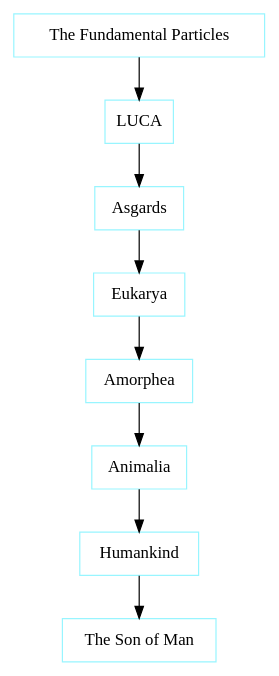
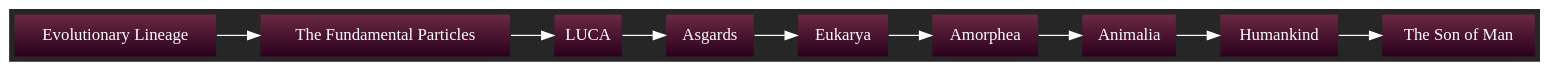
The diagram in graphs/Evolutionary_Lineage.dot (julianfl0w/Deism), drawn with Graphviz before and after one commit. The commit also changed 19 other files, not shown here.

```diff
--- a/graphs/Evolutionary_Lineage.dot
+++ b/graphs/Evolutionary_Lineage.dot
@@ -1,17 +1,25 @@
 digraph D {
-"The Fundamental Particles" [shape=box, color = cadetblue1]
-"LUCA" [shape=box, color = cadetblue1]
-"Asgards" [shape=box, color = cadetblue1]
-"Eukarya" [shape=box, color = cadetblue1]
-"Amorphea" [shape=box, color = cadetblue1]
-"Animalia" [shape=box, color = cadetblue1]
-"Humankind" [shape=box, color = cadetblue1]
-"The Son of Man" [shape=box, color = cadetblue1]
-"Humankind" -> "The Son of Man" [penwidth=1]
-"Animalia" -> "Humankind" [penwidth=1]
-"Amorphea" -> "Animalia" [penwidth=1]
-"Eukarya" -> "Amorphea" [penwidth=1]
-"Asgards" -> "Eukarya" [penwidth=1]
-"LUCA" -> "Asgards" [penwidth=1]
-"The Fundamental Particles" -> "LUCA" [penwidth=1]
+rankdir = LR
+style = filled
+color = lightgrey
+bgcolor = "#262626"
+fillcolor = "darkgray:gold"
+gradientangle = 0
+"Evolutionary Lineage" [shape=box, color="#262626", fontcolor=white, fillcolor="#6C2944:#29001C", style=filled, gradientangle=270.05]
+"The Fundamental Particles" [shape=box, color="#262626", fontcolor=white, fillcolor="#6C2944:#29001C", style=filled, gradientangle=270.05]
+"Evolutionary Lineage" -> "The Fundamental Particles" [color=white, penwidth=1]
+"LUCA" [shape=box, color="#262626", fontcolor=white, fillcolor="#6C2944:#29001C", style=filled, gradientangle=270.05]
+"The Fundamental Particles" -> "LUCA" [color=white, penwidth=1]
+"Asgards" [shape=box, color="#262626", fontcolor=white, fillcolor="#6C2944:#29001C", style=filled, gradientangle=270.05]
+"LUCA" -> "Asgards" [color=white, penwidth=1]
+"Eukarya" [shape=box, color="#262626", fontcolor=white, fillcolor="#6C2944:#29001C", style=filled, gradientangle=270.05]
+"Asgards" -> "Eukarya" [color=white, penwidth=1]
+"Amorphea" [shape=box, color="#262626", fontcolor=white, fillcolor="#6C2944:#29001C", style=filled, gradientangle=270.05]
+"Eukarya" -> "Amorphea" [color=white, penwidth=1]
+"Animalia" [shape=box, color="#262626", fontcolor=white, fillcolor="#6C2944:#29001C", style=filled, gradientangle=270.05]
+"Amorphea" -> "Animalia" [color=white, penwidth=1]
+"Humankind" [shape=box, color="#262626", fontcolor=white, fillcolor="#6C2944:#29001C", style=filled, gradientangle=270.05]
+"Animalia" -> "Humankind" [color=white, penwidth=1]
+"The Son of Man" [shape=box, color="#262626", fontcolor=white, fillcolor="#6C2944:#29001C", style=filled, gradientangle=270.05]
+"Humankind" -> "The Son of Man" [color=white, penwidth=1]
 }
```
